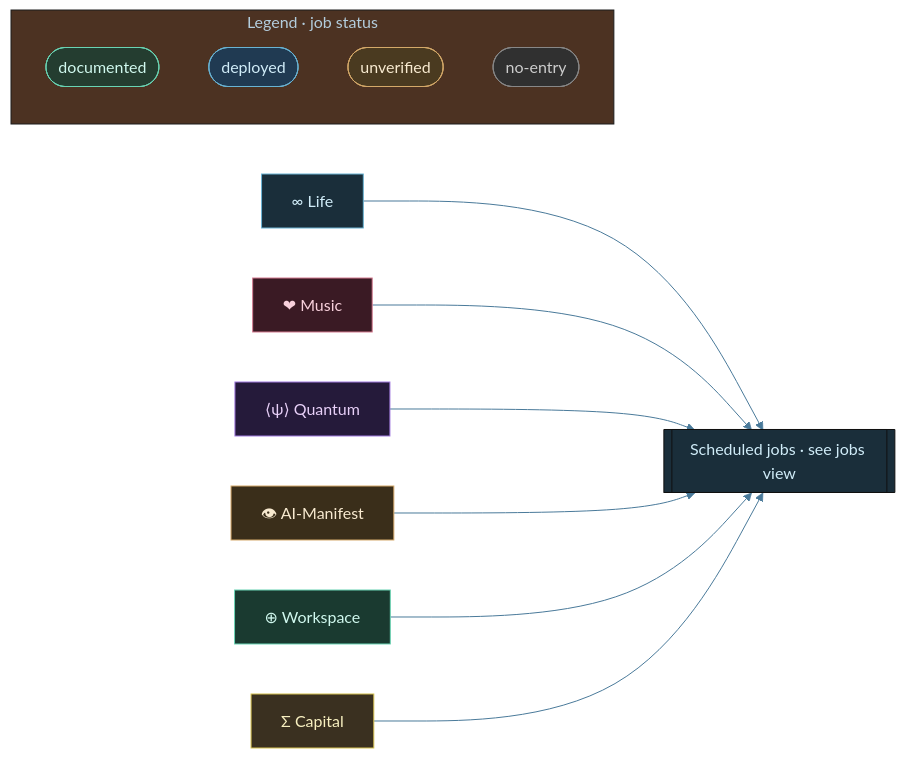
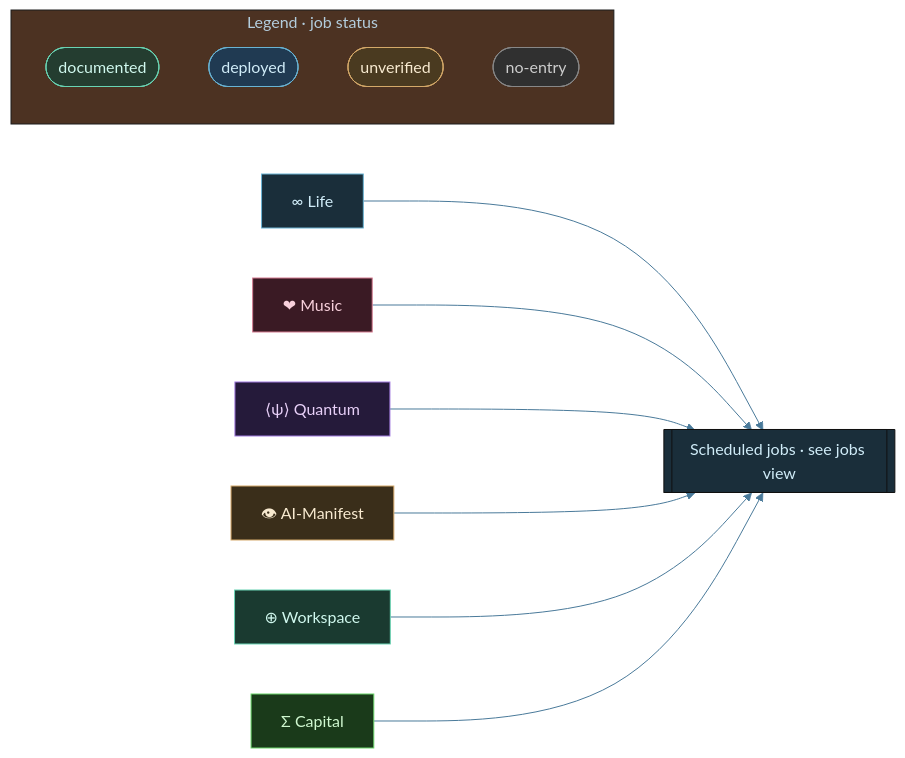
The diagram in diagrams/workspace-scheduler-architecture.mmd (tylerdrakemusic/-Workspace), drawn with Mermaid before and after one commit. The commit also changed 1 other file, not shown here.

Commit message:
fix: align scheduler Capital palette for BFX-20261026

```diff
--- a/diagrams/workspace-scheduler-architecture.mmd
+++ b/diagrams/workspace-scheduler-architecture.mmd
@@ -1,29 +1,29 @@
 %%{init: {'theme': 'base', 'themeVariables': {'primaryColor': '#1a2e3a', 'primaryTextColor': '#d0ecf8', 'edgeLabelBackground': '#0f1318', 'lineColor': '#4a7a9a'}}}%%
 %% Scheduler architecture overview. Per-project job/command detail and audited task
 %% paths live in the derived view; validation federates coverage across both.
 %% Derived views: workspace-scheduler-architecture-jobs.mmd
 graph LR
     Life["∞ Life"]:::life --> Jobs[["Scheduled jobs · see jobs view"]]
     Music["❤ Music"]:::music --> Jobs
     Quantum["⟨ψ⟩ Quantum"]:::quantum --> Jobs
     Manifest["👁 AI-Manifest"]:::manifest --> Jobs
     Workspace["⊕ Workspace"]:::ws --> Jobs
     Capital["Σ Capital"]:::capital --> Jobs
 
     subgraph Legend["Legend · job status"]
         Documented([documented]):::documented
         Deployed([deployed]):::deployed
         Unverified([unverified]):::unverified
         NoEntry([no-entry]):::noentry
     end
 
     classDef life fill:#1a2e3a,stroke:#6ab4d4,color:#d0ecf8
     classDef music fill:#3a1a24,stroke:#d47a8f,color:#f8d0dc
     classDef quantum fill:#251a3a,stroke:#a07adf,color:#e8d0f8
     classDef manifest fill:#3a2e1a,stroke:#d4a96a,color:#f8ead0
     classDef ws fill:#1a3a30,stroke:#6ad4b4,color:#d0f8ee
-    classDef capital fill:#3a3020,stroke:#d4c050,color:#f8f0c0
+    classDef capital fill:#1a3a1a,stroke:#6ad46a,color:#d0f8d0
     classDef documented fill:#243d30,stroke:#6ad4b4,color:#d0f8ee
     classDef deployed fill:#203a52,stroke:#6ab4d4,color:#d0ecf8
     classDef unverified fill:#4a3a20,stroke:#d4a96a,color:#f8ead0
     classDef noentry fill:#303030,stroke:#888888,color:#cccccc
```
